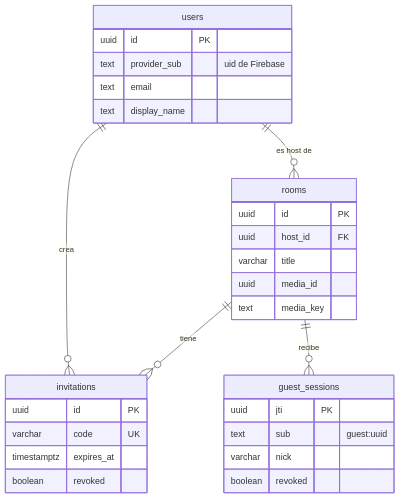
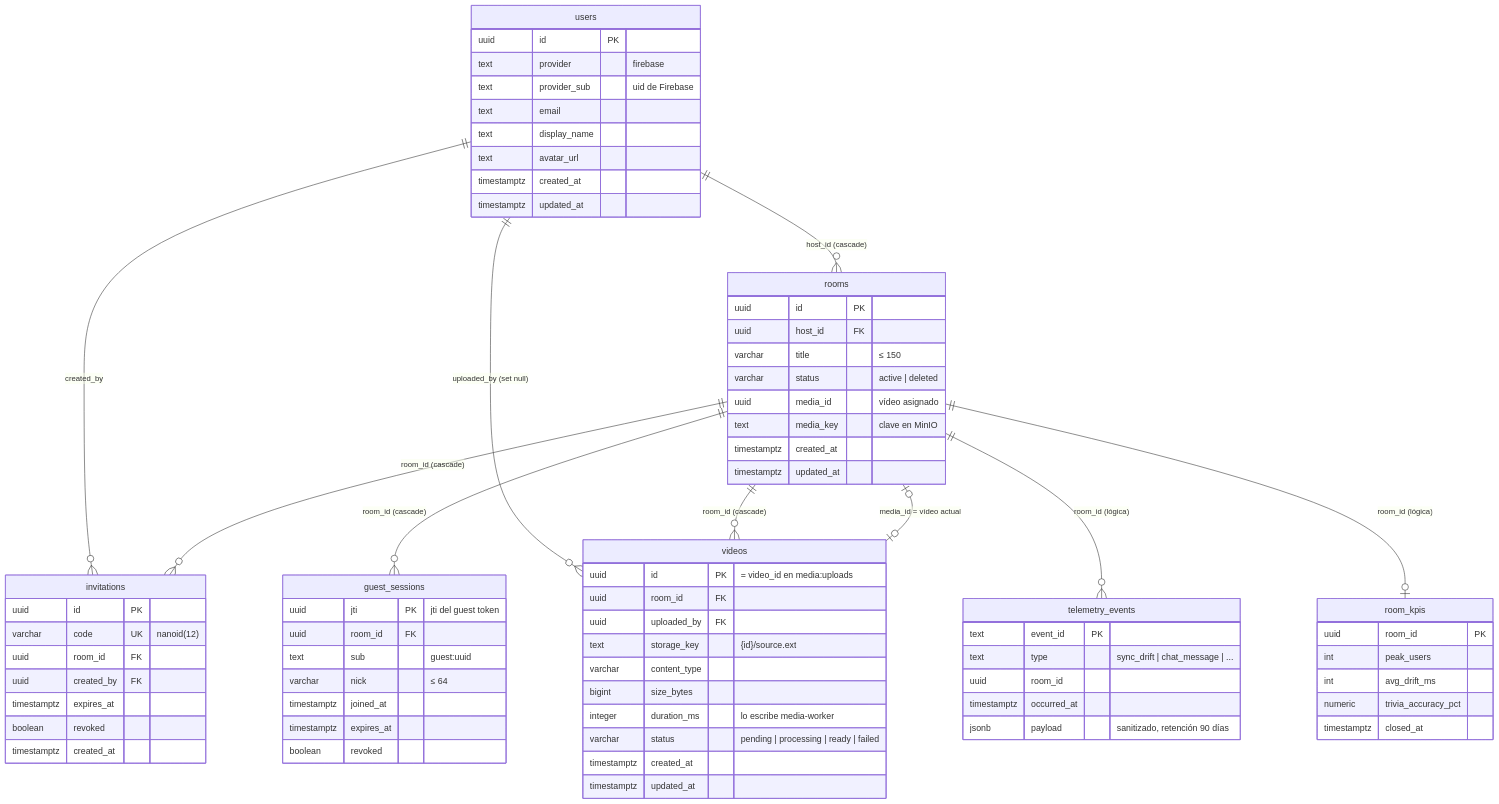
Before and after one commit to N1ghtlyC0de/TINT: the sixth of 6 diagrams in README.md, drawn with Mermaid. The commit also changed other lines of this file and 5 other files, not shown here.

First line of the commit message:
docs: flujo completo de vídeo, C4, Redis y ERD de todas las tablas

````diff
--- a/README.md
+++ b/README.md
@@ -89,32 +412,77 @@
 ```mermaid
 erDiagram
-    users ||--o{ rooms : "es host de"
-    users ||--o{ invitations : "crea"
-    rooms ||--o{ invitations : "tiene"
-    rooms ||--o{ guest_sessions : "recibe"
+    users ||--o{ rooms : "host_id (cascade)"
+    users ||--o{ invitations : "created_by"
+    users ||--o{ videos : "uploaded_by (set null)"
+    rooms ||--o{ invitations : "room_id (cascade)"
+    rooms ||--o{ guest_sessions : "room_id (cascade)"
+    rooms ||--o{ videos : "room_id (cascade)"
+    rooms |o--o| videos : "media_id = vídeo actual"
+    rooms ||--o{ telemetry_events : "room_id (lógica)"
+    rooms ||--o| room_kpis : "room_id (lógica)"
+
     users {
         uuid id PK
+        text provider "firebase"
         text provider_sub "uid de Firebase"
         text email
         text display_name
+        text avatar_url
+        timestamptz created_at
+        timestamptz updated_at
     }
     rooms {
         uuid id PK
         uuid host_id FK
-        varchar title
-        uuid media_id
-        text media_key
+        varchar title "≤ 150"
+        varchar status "active | deleted"
+        uuid media_id "vídeo asignado"
+        text media_key "clave en MinIO"
+        timestamptz created_at
+        timestamptz updated_at
     }
     invitations {
         uuid id PK
-        varchar code UK
+        varchar code UK "nanoid(12)"
+        uuid room_id FK
+        uuid created_by FK
+        timestamptz expires_at
+        boolean revoked
+        timestamptz created_at
+    }
+    guest_sessions {
+        uuid jti PK "jti del guest token"
+        uuid room_id FK
+        text sub "guest:uuid"
+        varchar nick "≤ 64"
+        timestamptz joined_at
         timestamptz expires_at
         boolean revoked
     }
-    guest_sessions {
-        uuid jti PK
-        text sub "guest:uuid"
-        varchar nick
-        boolean revoked
+    videos {
+        uuid id PK "= video_id en media:uploads"
+        uuid room_id FK
+        uuid uploaded_by FK
+        text storage_key "{id}/source.ext"
+        varchar content_type
+        bigint size_bytes
+        integer duration_ms "lo escribe media-worker"
+        varchar status "pending | processing | ready | failed"
+        timestamptz created_at
+        timestamptz updated_at
+    }
+    telemetry_events {
+        text event_id PK
+        text type "sync_drift | chat_message | ..."
+        uuid room_id
+        timestamptz occurred_at
+        jsonb payload "sanitizado, retención 90 días"
+    }
+    room_kpis {
+        uuid room_id PK
+        int peak_users
+        int avg_drift_ms
+        numeric trivia_accuracy_pct
+        timestamptz closed_at
     }
 ```
````
